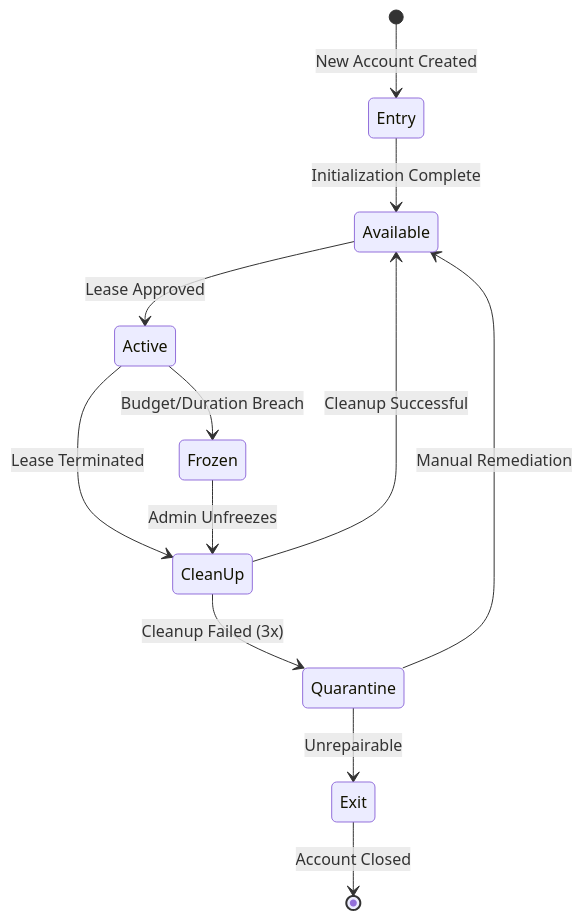
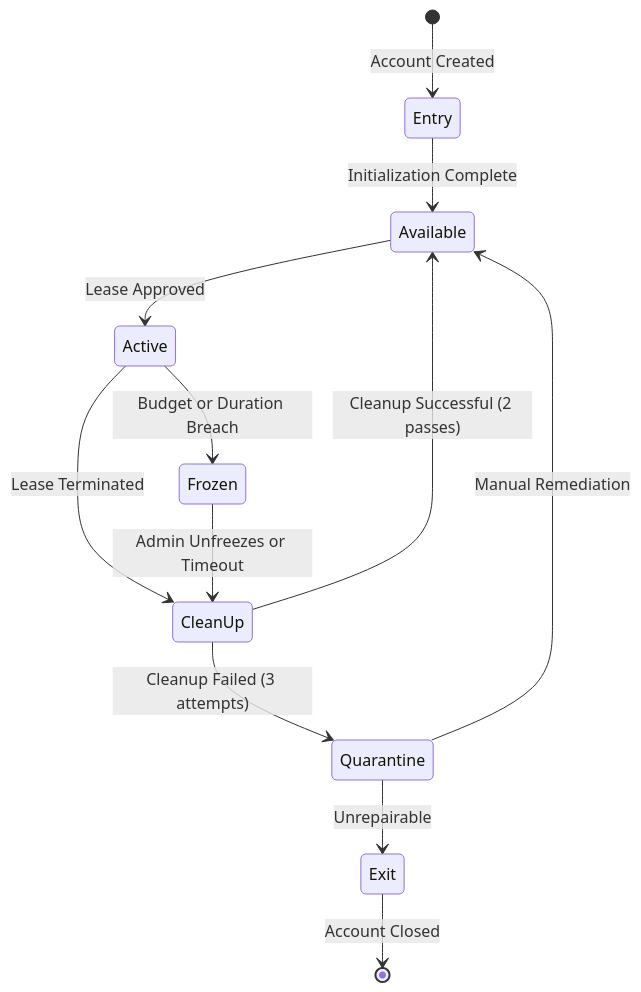
Before and after one commit to co-cddo/ndx-try-arch: the second of 3 diagrams in docs/02-aws-organization.md, drawn with Mermaid. The commit also changed other lines of this file and 41 other files, not shown here.

First line of the commit message:
docs: update NDX architecture documentation (#9)

````diff
--- a/docs/02-aws-organization.md
+++ b/docs/02-aws-organization.md
@@ -180,14 +125,14 @@
 ```mermaid
 stateDiagram-v2
-    [*] --> Entry: New Account Created
+    [*] --> Entry: Account Created
     Entry --> Available: Initialization Complete
     Available --> Active: Lease Approved
-    Active --> Frozen: Budget/Duration Breach
+    Active --> Frozen: Budget or Duration Breach
     Active --> CleanUp: Lease Terminated
-    Frozen --> CleanUp: Admin Unfreezes
-    CleanUp --> Available: Cleanup Successful
-    CleanUp --> Quarantine: Cleanup Failed (3x)
+    Frozen --> CleanUp: Admin Unfreezes or Timeout
+    CleanUp --> Available: Cleanup Successful (2 passes)
+    CleanUp --> Quarantine: Cleanup Failed (3 attempts)
     Quarantine --> Available: Manual Remediation
     Quarantine --> Exit: Unrepairable
     Exit --> [*]: Account Closed
 ```
````
